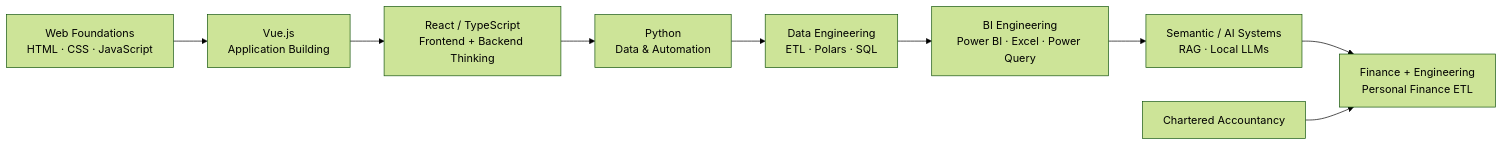
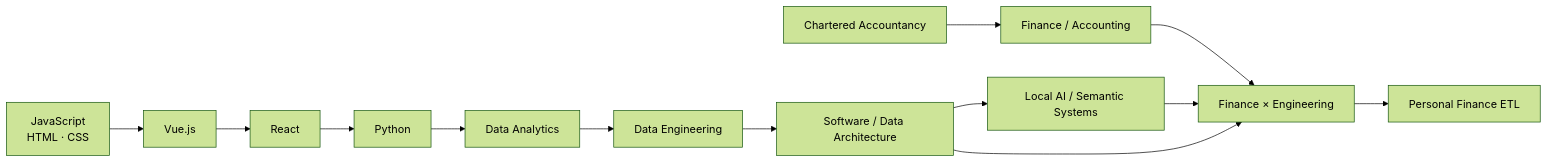
Before and after one commit to tks18/personal-finance-etl: the first of 2 diagrams in docs/about/about-me.md, drawn with Mermaid (forest theme). The commit also changed other lines of this file and 2 other files, not shown here.

````diff
--- a/docs/about/about-me.md
+++ b/docs/about/about-me.md
@@ -51,12 +15,17 @@
 ```mermaid
 flowchart LR
-    WEB["Web Foundations<br/>HTML · CSS · JavaScript"] --> VUE["Vue.js<br/>Application Building"]
-    VUE --> REACT["React / TypeScript<br/>Frontend + Backend Thinking"]
-    REACT --> PY["Python<br/>Data & Automation"]
-    PY --> DE["Data Engineering<br/>ETL · Polars · SQL"]
-    DE --> BI["BI Engineering<br/>Power BI · Excel · Power Query"]
-    BI --> SEM["Semantic / AI Systems<br/>RAG · Local LLMs"]
-    SEM --> FIN["Finance + Engineering<br/>Personal Finance ETL"]
+    WEB["JavaScript<br/>HTML · CSS"] --> VUE["Vue.js"]
+    VUE --> REACT["React"]
+    REACT --> PY["Python"]
+    PY --> DA["Data Analytics"]
+    DA --> DE["Data Engineering"]
+    DE --> ARCH["Software / Data Architecture"]
+    ARCH --> AI["Local AI / Semantic Systems"]
 
-    CA["Chartered Accountancy"] --> FIN
+    CA["Chartered Accountancy"] --> FIN["Finance / Accounting"]
+    FIN --> CROSS["Finance × Engineering"]
+
+    AI --> CROSS
+    ARCH --> CROSS
+    CROSS --> PF["Personal Finance ETL"]
 ```
````
